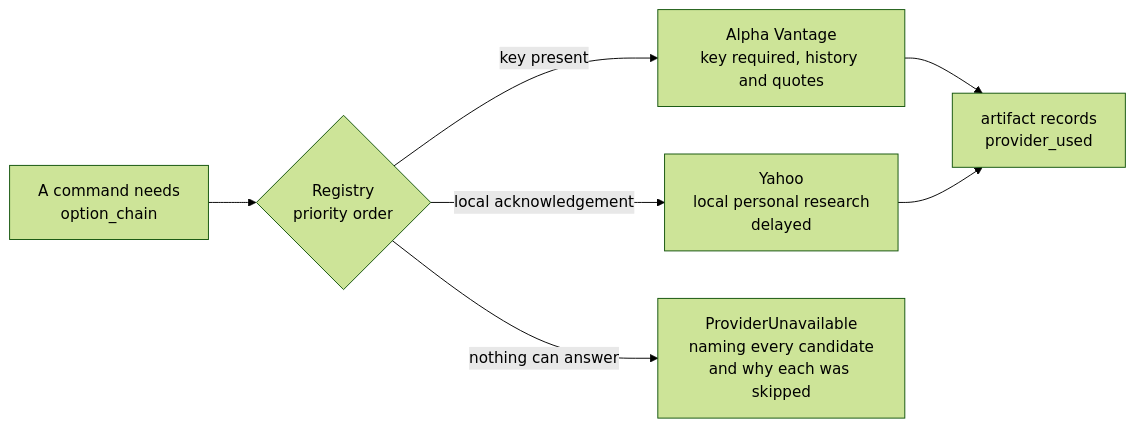
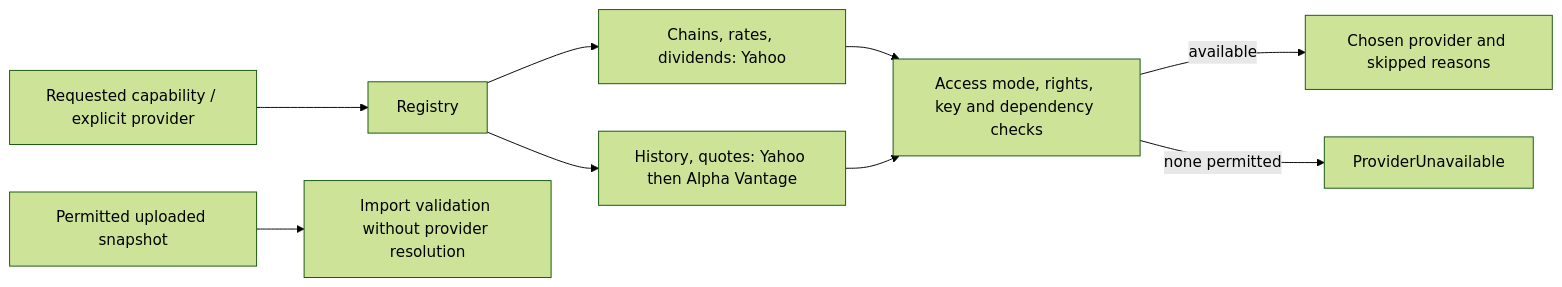
The eighth of 9 diagrams in docs/wiki/Architecture.md (Iman/agent-driven-options-desk-and-skills), drawn with Mermaid (forest theme) before and after one commit. The commit also changed other lines of this file and 51 other files, not shown here.

Commit message:
Refresh architecture diagrams and document the research algorithm

````diff
--- a/docs/wiki/Architecture.md
+++ b/docs/wiki/Architecture.md
@@ -256,9 +227,11 @@
 ```mermaid
 flowchart LR
-    need["A command needs<br/>option_chain"] --> reg{"Registry<br/>priority order"}
-    reg -->|"key present"| paid["Alpha Vantage<br/>key required, history and quotes"]
-    reg -->|"local acknowledgement"| yahoo["Yahoo<br/>local personal research<br/>delayed"]
-    reg -->|"nothing can answer"| err["ProviderUnavailable<br/>naming every candidate<br/>and why each was skipped"]
-    paid --> art["artifact records<br/>provider_used"]
-    yahoo --> art
+    need["Requested capability / explicit provider"] --> reg["Registry"]
+    reg --> single["Chains, rates, dividends: Yahoo"]
+    reg --> fallback["History, quotes: Yahoo then Alpha Vantage"]
+    single --> gate["Access mode, rights, key and dependency checks"]
+    fallback --> gate
+    gate -->|"available"| chosen["Chosen provider and skipped reasons"]
+    gate -->|"none permitted"| error["ProviderUnavailable"]
+    upload["Permitted uploaded snapshot"] --> parse["Import validation without provider resolution"]
 ```
````
